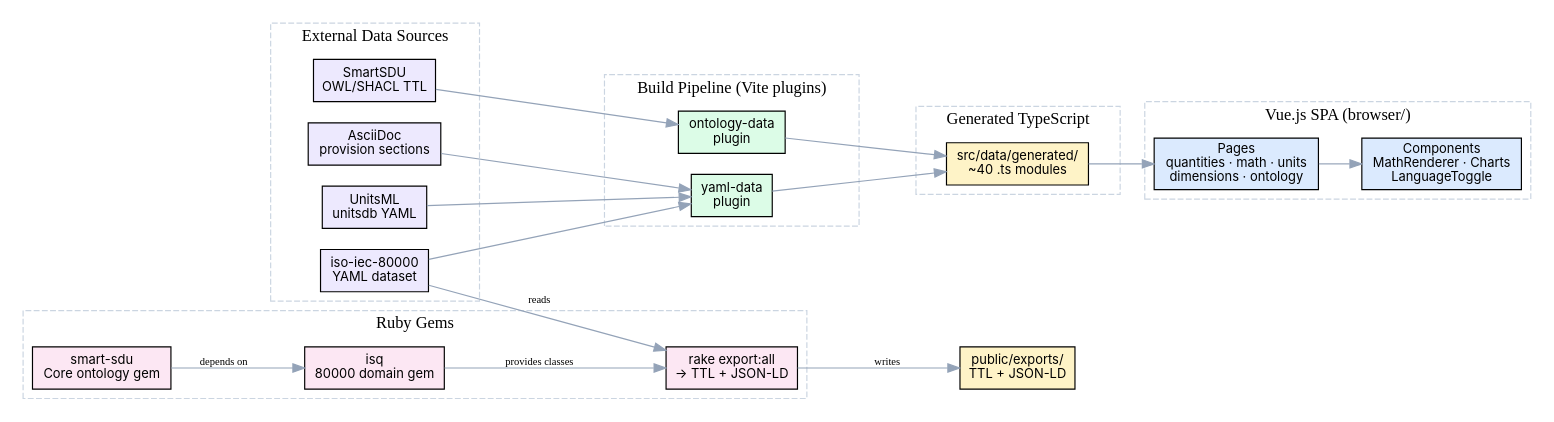
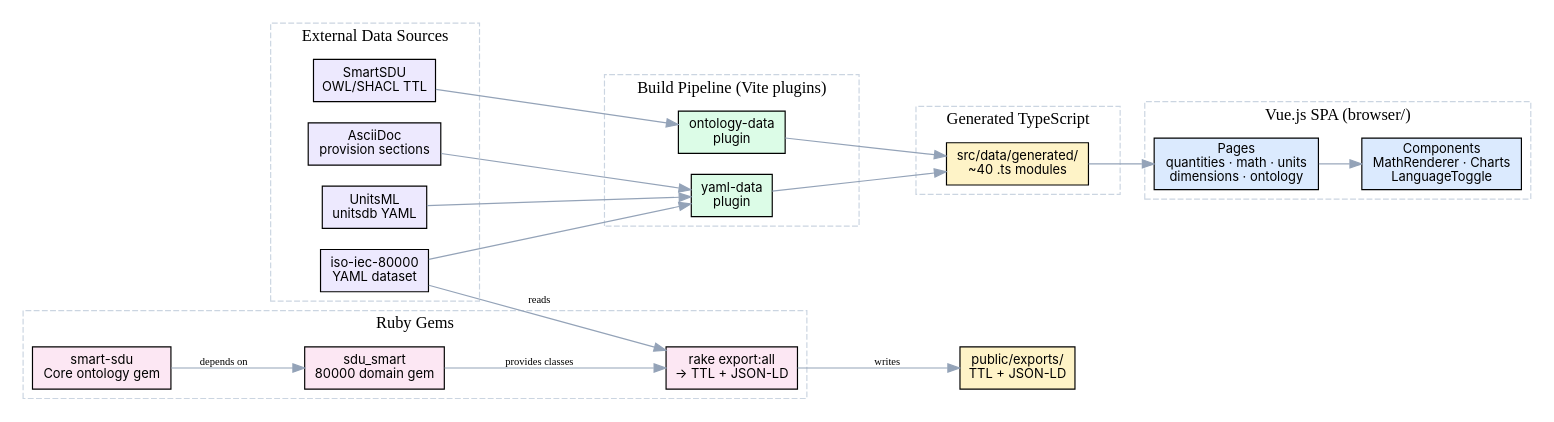
One commit to metanorma/isq-smart changed the diagram in README.adoc. Above: the diagram before and after it, drawn with Graphviz. The commit also changed other lines of this file and 21 other files, not shown here.

First line of the commit message:
Restructure: rename isq/ to sdu_smart/ with SduSmart module

```diff
--- a/README.adoc
+++ b/README.adoc
@@ -16,65 +16,65 @@
 [graphviz, architecture, svg]
 ----
 digraph {
   rankdir=LR
   node [shape=box, style=filled, fillcolor="#f8fafc", fontname="Inter", fontsize=11]
   edge [color="#94a3b8", fontsize=9]
 
   subgraph cluster_sources {
     label="External Data Sources"
     style=dashed
     color="#cbd5e1"
     iso_yaml [label="iso-iec-80000\nYAML dataset" fillcolor="#ede9fe"]
     unitsml [label="UnitsML\nunitsdb YAML" fillcolor="#ede9fe"]
     turtle [label="SmartSDU\nOWL/SHACL TTL" fillcolor="#ede9fe"]
     adoc [label="AsciiDoc\nprovision sections" fillcolor="#ede9fe"]
   }
 
   subgraph cluster_build {
     label="Build Pipeline (Vite plugins)"
     style=dashed
     color="#cbd5e1"
     yaml_plugin [label="yaml-data\nplugin" fillcolor="#dcfce7"]
     onto_plugin [label="ontology-data\nplugin" fillcolor="#dcfce7"]
   }
 
   subgraph cluster_output {
     label="Generated TypeScript"
     style=dashed
     color="#cbd5e1"
     gen [label="src/data/generated/\n~40 .ts modules" fillcolor="#fef3c7"]
   }
 
   subgraph cluster_app {
     label="Vue.js SPA (browser/)"
     style=dashed
     color="#cbd5e1"
     pages [label="Pages\nquantities · math · units\ndimensions · ontology" fillcolor="#dbeafe"]
     components [label="Components\nMathRenderer · Charts\nLanguageToggle" fillcolor="#dbeafe"]
   }
 
   subgraph cluster_ruby {
     label="Ruby Gems"
     style=dashed
     color="#cbd5e1"
     smart_sdu [label="smart-sdu\nCore ontology gem" fillcolor="#fce7f3"]
-    isq_gem [label="isq\n80000 domain gem" fillcolor="#fce7f3"]
+    isq_gem [label="sdu_smart\n80000 domain gem" fillcolor="#fce7f3"]
     rake [label="rake export:all\n→ TTL + JSON-LD" fillcolor="#fce7f3"]
   }
 
   iso_yaml -> yaml_plugin
   unitsml -> yaml_plugin
   adoc -> yaml_plugin
   turtle -> onto_plugin
   yaml_plugin -> gen
   onto_plugin -> gen
   gen -> pages
   pages -> components
 
   smart_sdu -> isq_gem [label="depends on"]
   iso_yaml -> rake [label="reads"]
   isq_gem -> rake [label="provides classes"]
   rake -> exports [label="writes"]
   exports [label="public/exports/\nTTL + JSON-LD" fillcolor="#fef3c7"]
 }
 ----
```
